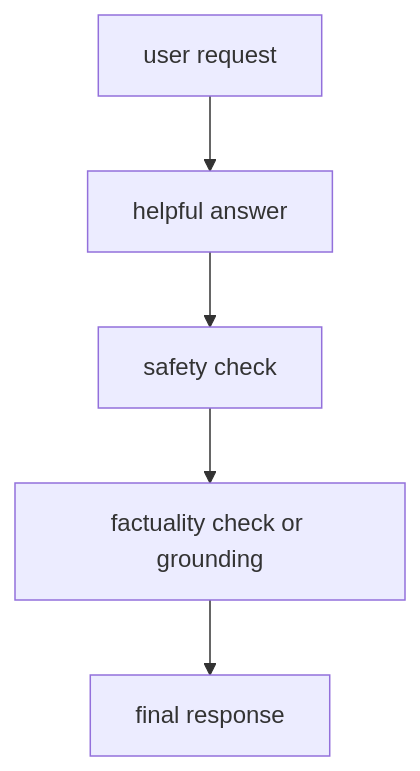
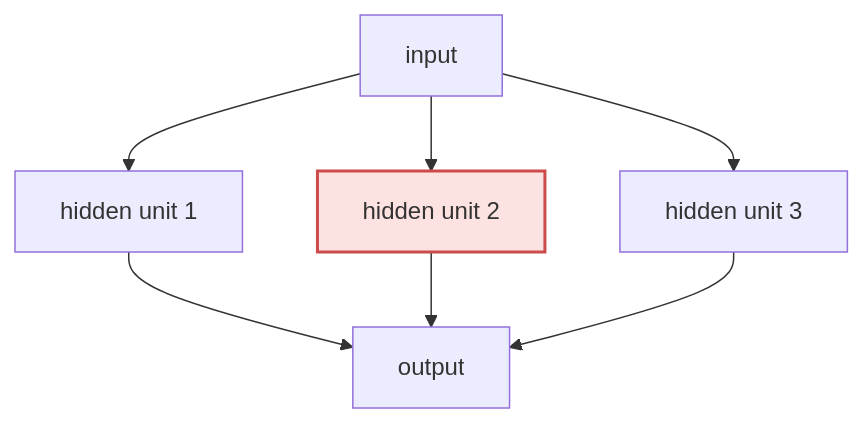
The diagram in docs/parts/part-05/chapter-08/section-02.md (devchan64/AiBook), drawn with Mermaid before and after one commit. The commit also changed other lines of this file and 213 other files, not shown here.

````diff
--- a/docs/parts/part-05/chapter-08/section-02.md
+++ b/docs/parts/part-05/chapter-08/section-02.md
@@ -121,13 +65,17 @@
 ```mermaid
 flowchart TD
-  A["user request"]
-  B["helpful answer"]
-  C["safety check"]
-  D["factuality check or grounding"]
-  E["final response"]
+  A["input"]
+  B["hidden unit 1"]
+  C["hidden unit 2"]
+  D["hidden unit 3"]
+  E["output"]
 
   A --> B
-  B --> C
-  C --> D
+  A --> C
+  A --> D
+  B --> E
+  C --> E
   D --> E
+
+  style C fill:#fde2e2,stroke:#cc4b4b,stroke-width:2px
 ```
````
